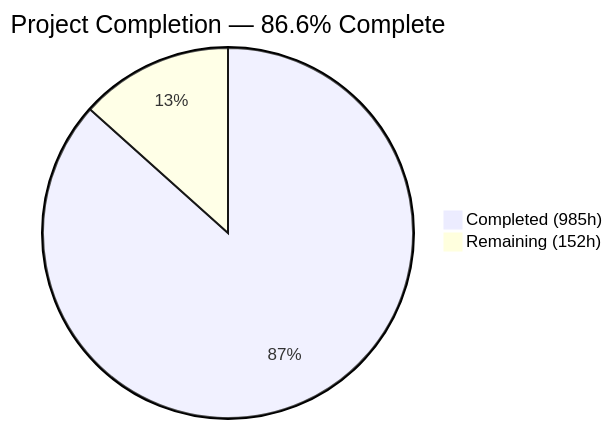
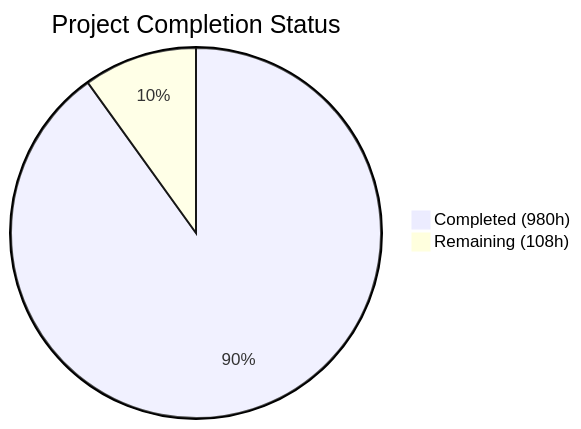
The first of 2 diagrams in blitzy/documentation/Project Guide.md (Blitzy-Sandbox/blitzy-exim), drawn with Mermaid before and after one commit. The commit also changed other lines of this file, not shown here.

Commit message:
Adding Blitzy Project Guide: Project Status and Human Tasks Remaining

````diff
--- a/blitzy/documentation/Project Guide.md
+++ b/blitzy/documentation/Project Guide.md
@@ -13,5 +17,5 @@
 ```mermaid
-pie title Project Completion — 86.6% Complete
-    "Completed (985h)" : 985
-    "Remaining (152h)" : 152
+pie title Project Completion Status
+    "Completed (980h)" : 980
+    "Remaining (108h)" : 108
 ```
````
